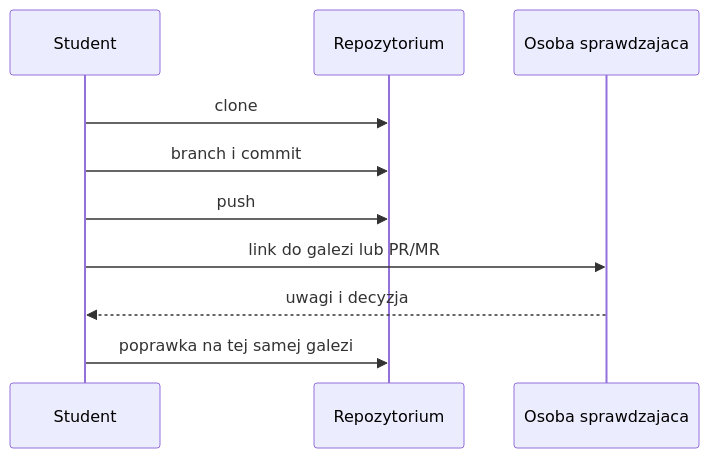
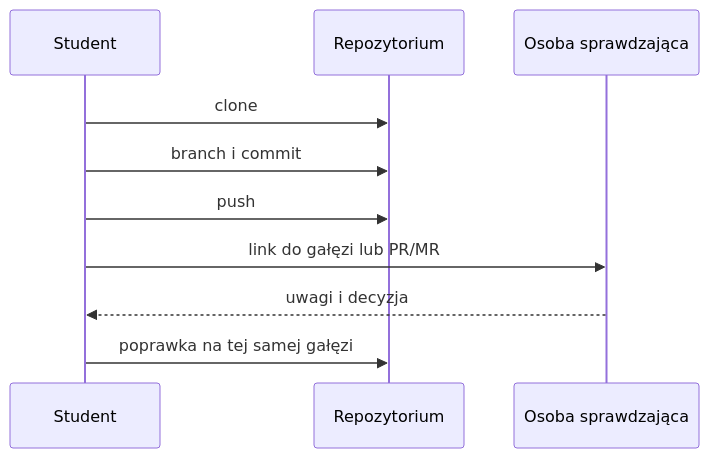
Before and after one commit to tborzyszkowski/warsztat-programisty-pjatk: the diagram in src/01-organizacja/01-repozytorium-i-konta/README.md, drawn with Mermaid. The commit also changed other lines of this file and 10 other files, not shown here.

Commit message:
Fix typos and improve language consistency in documentation and code comments across multiple files; update diagrams for clarity and correctness.

````diff
--- a/src/01-organizacja/01-repozytorium-i-konta/README.md
+++ b/src/01-organizacja/01-repozytorium-i-konta/README.md
@@ -109,12 +109,12 @@
 ```mermaid
 sequenceDiagram
     participant S as Student
     participant R as Repozytorium
-    participant P as Osoba sprawdzajaca
+    participant P as Osoba sprawdzająca
     S->>R: clone
     S->>R: branch i commit
     S->>R: push
-    S->>P: link do galezi lub PR/MR
+    S->>P: link do gałęzi lub PR/MR
     P-->>S: uwagi i decyzja
-    S->>R: poprawka na tej samej galezi
+    S->>R: poprawka na tej samej gałęzi
 ```
````
